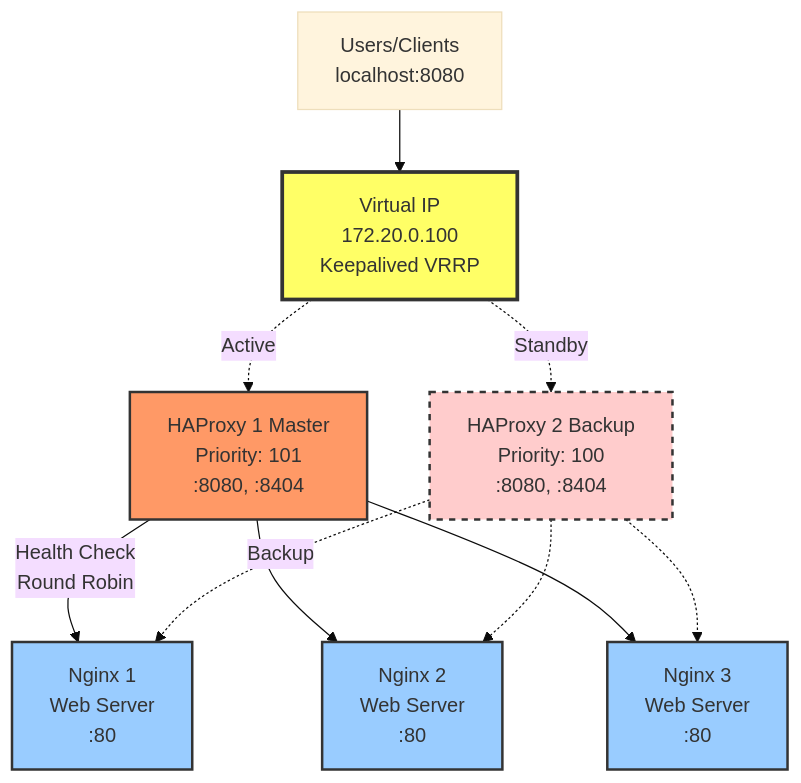
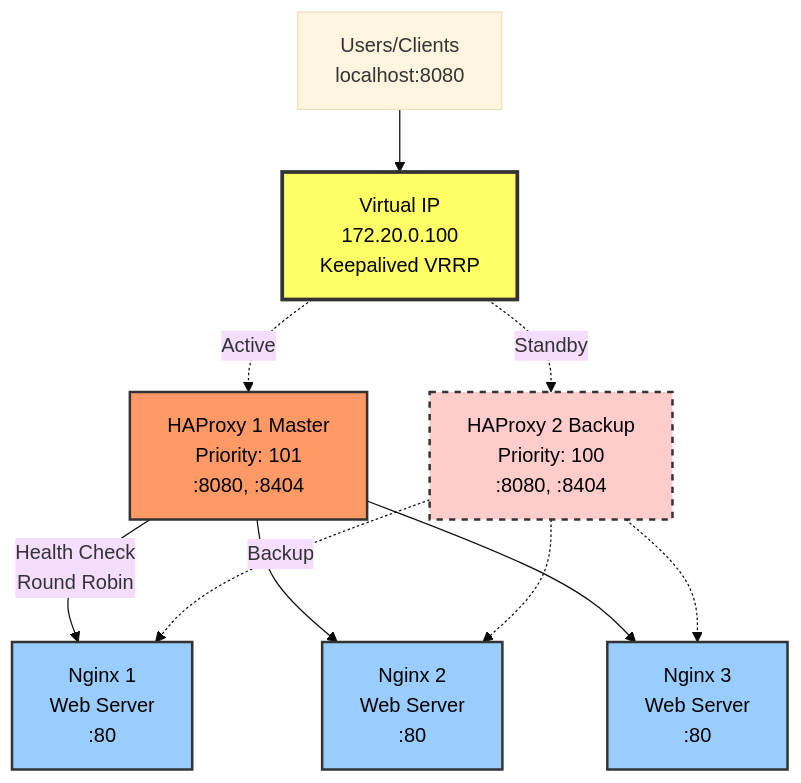
The second of 2 diagrams in belajar-ha/demo-1-stateless-ha/README.md (endymuhardin/training-sre-junior-2025-02), drawn with Mermaid (base theme) before and after one commit. The commit also changed other lines of this file and 3 other files, not shown here.

First line of the commit message:
Perbaikan kontras warna diagram Mermaid untuk dark/light theme

````diff
--- a/belajar-ha/demo-1-stateless-ha/README.md
+++ b/belajar-ha/demo-1-stateless-ha/README.md
@@ -32,29 +32,29 @@
 ```mermaid
 graph TB
     Users[Users/Clients<br/>localhost:8080]
     VIP[Virtual IP<br/>172.20.0.100<br/>Keepalived VRRP]
     HAProxy1[HAProxy 1 Master<br/>Priority: 101<br/>:8080, :8404]
     HAProxy2[HAProxy 2 Backup<br/>Priority: 100<br/>:8080, :8404]
     Nginx1[Nginx 1<br/>Web Server<br/>:80]
     Nginx2[Nginx 2<br/>Web Server<br/>:80]
     Nginx3[Nginx 3<br/>Web Server<br/>:80]
 
     Users --> VIP
     VIP -.->|Active| HAProxy1
     VIP -.->|Standby| HAProxy2
 
     HAProxy1 -->|Health Check<br/>Round Robin| Nginx1
     HAProxy1 --> Nginx2
     HAProxy1 --> Nginx3
 
     HAProxy2 -.->|Backup| Nginx1
     HAProxy2 -.-> Nginx2
     HAProxy2 -.-> Nginx3
 
-    style VIP fill:#ff6,stroke:#333,stroke-width:3px
-    style HAProxy1 fill:#f96,stroke:#333,stroke-width:2px
-    style HAProxy2 fill:#fcc,stroke:#333,stroke-width:2px,stroke-dasharray: 5 5
-    style Nginx1 fill:#9cf,stroke:#333,stroke-width:2px
-    style Nginx2 fill:#9cf,stroke:#333,stroke-width:2px
-    style Nginx3 fill:#9cf,stroke:#333,stroke-width:2px
+    style VIP fill:#ff6,stroke:#333,stroke-width:3px,color:#000
+    style HAProxy1 fill:#f96,stroke:#333,stroke-width:2px,color:#000
+    style HAProxy2 fill:#fcc,stroke:#333,stroke-width:2px,stroke-dasharray: 5 5,color:#000
+    style Nginx1 fill:#9cf,stroke:#333,stroke-width:2px,color:#000
+    style Nginx2 fill:#9cf,stroke:#333,stroke-width:2px,color:#000
+    style Nginx3 fill:#9cf,stroke:#333,stroke-width:2px,color:#000
 ```
````
